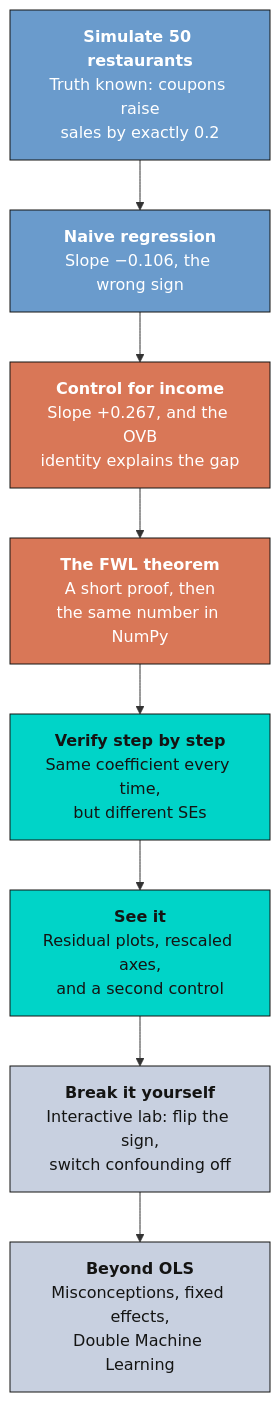
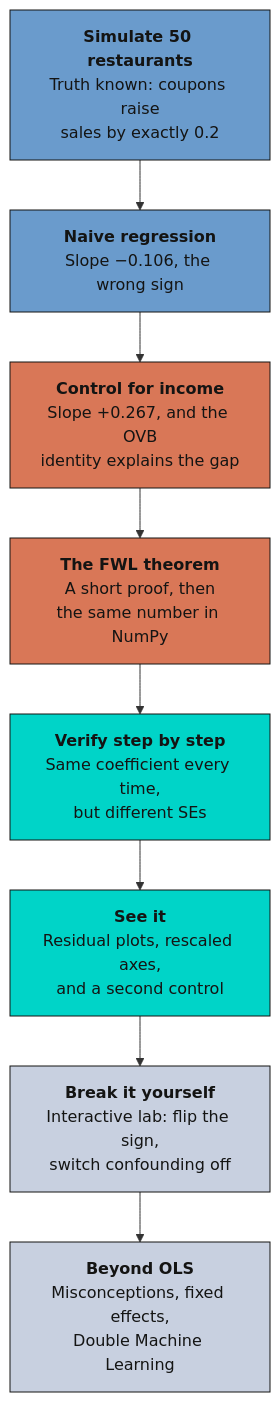
Before and after one commit to cmg777/starter-academic-v501: the first of 2 diagrams in content/post/python_fwl/index.md, drawn with Mermaid. The commit also changed other lines of this file and 67 other files, not shown here.

First line of the commit message:
fix(mermaid): readable diagram text in both themes across the site

````diff
--- a/content/post/python_fwl/index.md
+++ b/content/post/python_fwl/index.md
@@ -134,18 +134,18 @@
 ```mermaid
 graph TD
     A["<b>Simulate 50 restaurants</b><br/>Truth known: coupons raise<br/>sales by exactly 0.2"] --> B["<b>Naive regression</b><br/>Slope −0.106, the wrong sign"]
     B --> C["<b>Control for income</b><br/>Slope +0.267, and the OVB<br/>identity explains the gap"]
     C --> D["<b>The FWL theorem</b><br/>A short proof, then<br/>the same number in NumPy"]
     D --> E["<b>Verify step by step</b><br/>Same coefficient every time,<br/>but different SEs"]
     E --> F["<b>See it</b><br/>Residual plots, rescaled axes,<br/>and a second control"]
     F --> G["<b>Break it yourself</b><br/>Interactive lab: flip the sign,<br/>switch confounding off"]
     G --> H["<b>Beyond OLS</b><br/>Misconceptions, fixed effects,<br/>Double Machine Learning"]
-    style A fill:#6a9bcc,stroke:#141413,color:#fff
-    style B fill:#6a9bcc,stroke:#141413,color:#fff
-    style C fill:#d97757,stroke:#141413,color:#fff
-    style D fill:#d97757,stroke:#141413,color:#fff
+    style A fill:#6a9bcc,stroke:#141413,color:#141413
+    style B fill:#6a9bcc,stroke:#141413,color:#141413
+    style C fill:#d97757,stroke:#141413,color:#141413
+    style D fill:#d97757,stroke:#141413,color:#141413
     style E fill:#00d4c8,stroke:#141413,color:#141413
     style F fill:#00d4c8,stroke:#141413,color:#141413
     style G fill:#c8d0e0,stroke:#141413,color:#141413
     style H fill:#c8d0e0,stroke:#141413,color:#141413
 ```
````
